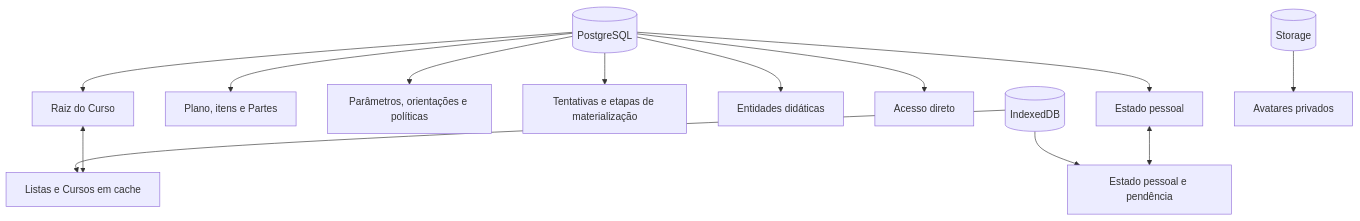
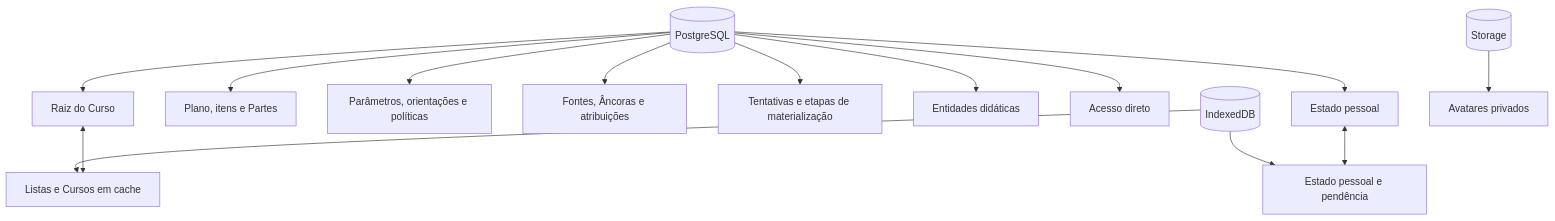
The diagram in docs/persistencia-relacional.md (fabio-ara/AraLearn), drawn with Mermaid before and after one commit. The commit also changed other lines of this file and 94 other files, not shown here.

````diff
--- a/docs/persistencia-relacional.md
+++ b/docs/persistencia-relacional.md
@@ -31,15 +31,16 @@
 ```mermaid
 flowchart TD
     PG[(PostgreSQL)] --> C[Raiz do Curso]
     PG --> PL[Plano, itens e Partes]
     PG --> D[Parâmetros, orientações e políticas]
+    PG --> F[Fontes, Âncoras e atribuições]
     PG --> MT[Tentativas e etapas de materialização]
     PG --> E[Entidades didáticas]
     PG --> A[Acesso direto]
     PG --> P[Estado pessoal]
     IDB[(IndexedDB)] --> L[Listas e Cursos em cache]
     IDB --> Q[Estado pessoal e pendência]
     ST[(Storage)] --> AV[Avatares privados]
     C <--> L
     P <--> Q
 ```
````
